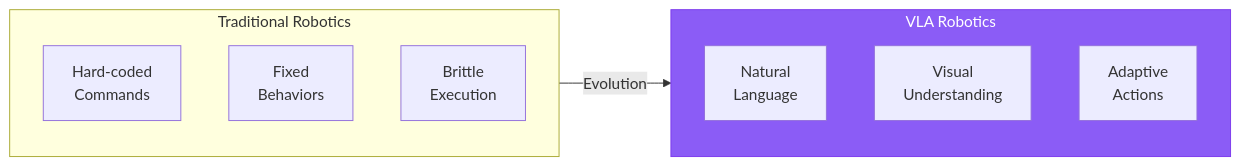
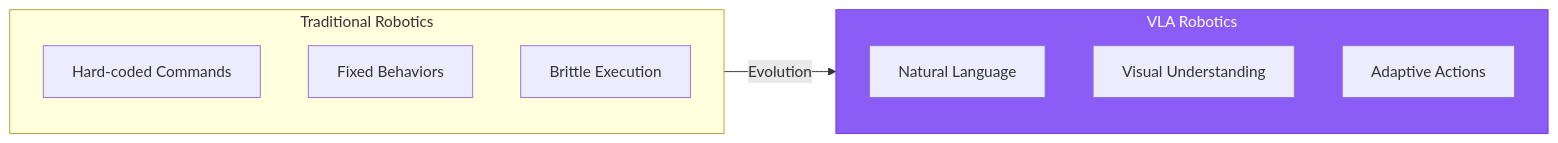
Before and after one commit to shakir-hussain1/physical-AI-and-humanoid-robotics-textbook-by-shakir-hussain: the first of 6 diagrams in docs/modules/module-4-vla/chapter-13-vla-intro.md, drawn with Mermaid. The commit also changed other lines of this file and 17 other files, not shown here.

Commit message:
fix: Remove br tags from Mermaid diagrams causing parse errors

````diff
--- a/docs/modules/module-4-vla/chapter-13-vla-intro.md
+++ b/docs/modules/module-4-vla/chapter-13-vla-intro.md
@@ -33,18 +33,18 @@
 ```mermaid
 flowchart LR
     subgraph Traditional["Traditional Robotics"]
-        T1[Hard-coded<br/>Commands]
-        T2[Fixed<br/>Behaviors]
-        T3[Brittle<br/>Execution]
+        T1[Hard-coded Commands]
+        T2[Fixed Behaviors]
+        T3[Brittle Execution]
     end
 
     subgraph VLA["VLA Robotics"]
-        V1[Natural<br/>Language]
-        V2[Visual<br/>Understanding]
-        V3[Adaptive<br/>Actions]
+        V1[Natural Language]
+        V2[Visual Understanding]
+        V3[Adaptive Actions]
     end
 
     Traditional --> |"Evolution"| VLA
 
     style VLA fill:#8b5cf6,stroke:#7c3aed,color:#fff
 ```
````
